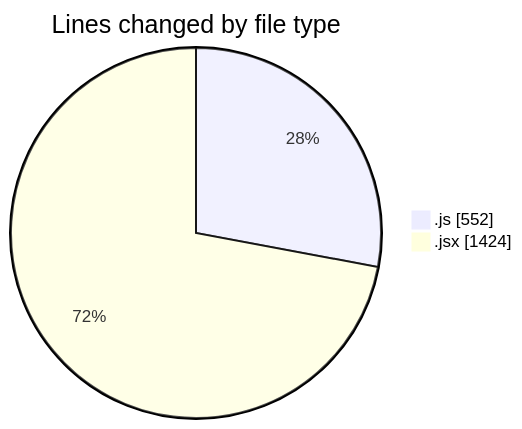
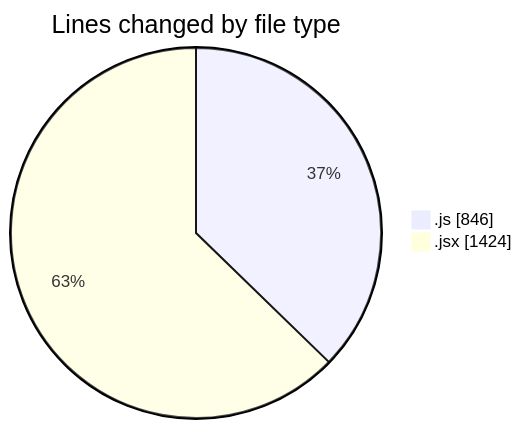
The first of 2 diagrams in 2025-12-01/nxtqube_webapp/README.md (nxtqubesakshisongat/code-tracking), drawn with Mermaid before and after one commit. The commit also changed other lines of this file and 1 other file, not shown here.

````diff
--- a/2025-12-01/nxtqube_webapp/README.md
+++ b/2025-12-01/nxtqube_webapp/README.md
@@ -24,6 +25,6 @@
 ```mermaid
 pie showData
 title Lines changed by file type
-".js" : 552
+".js" : 846
 ".jsx" : 1424
 ```
````
